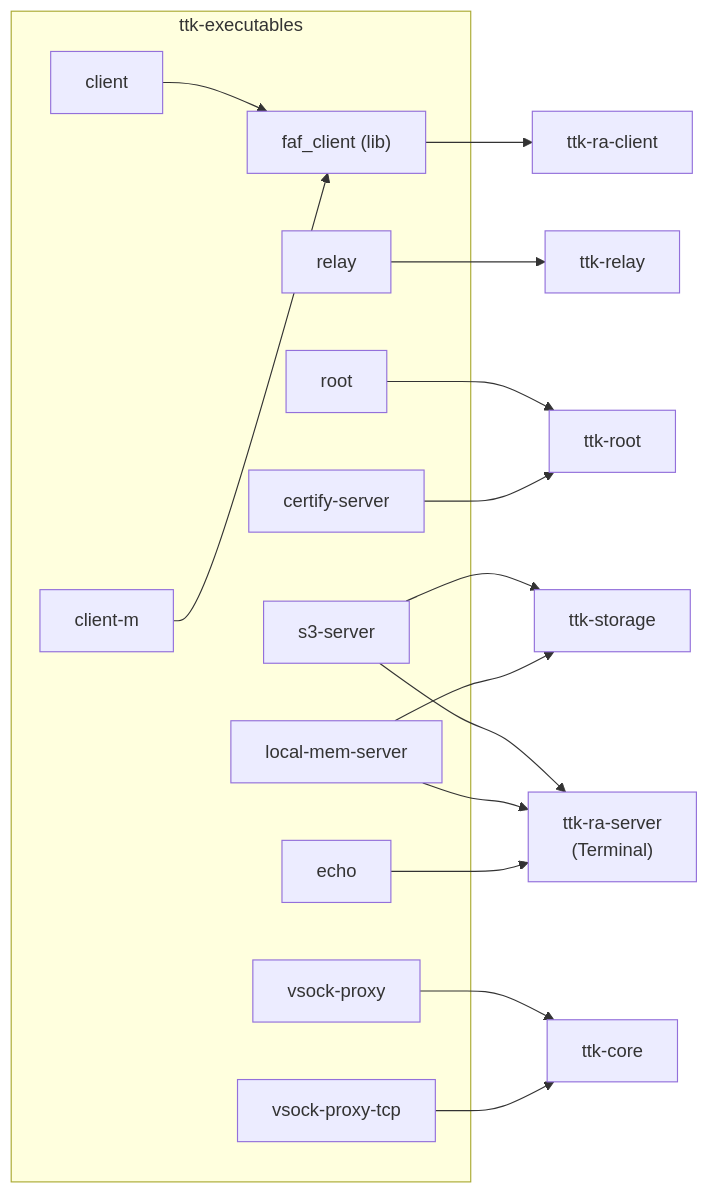
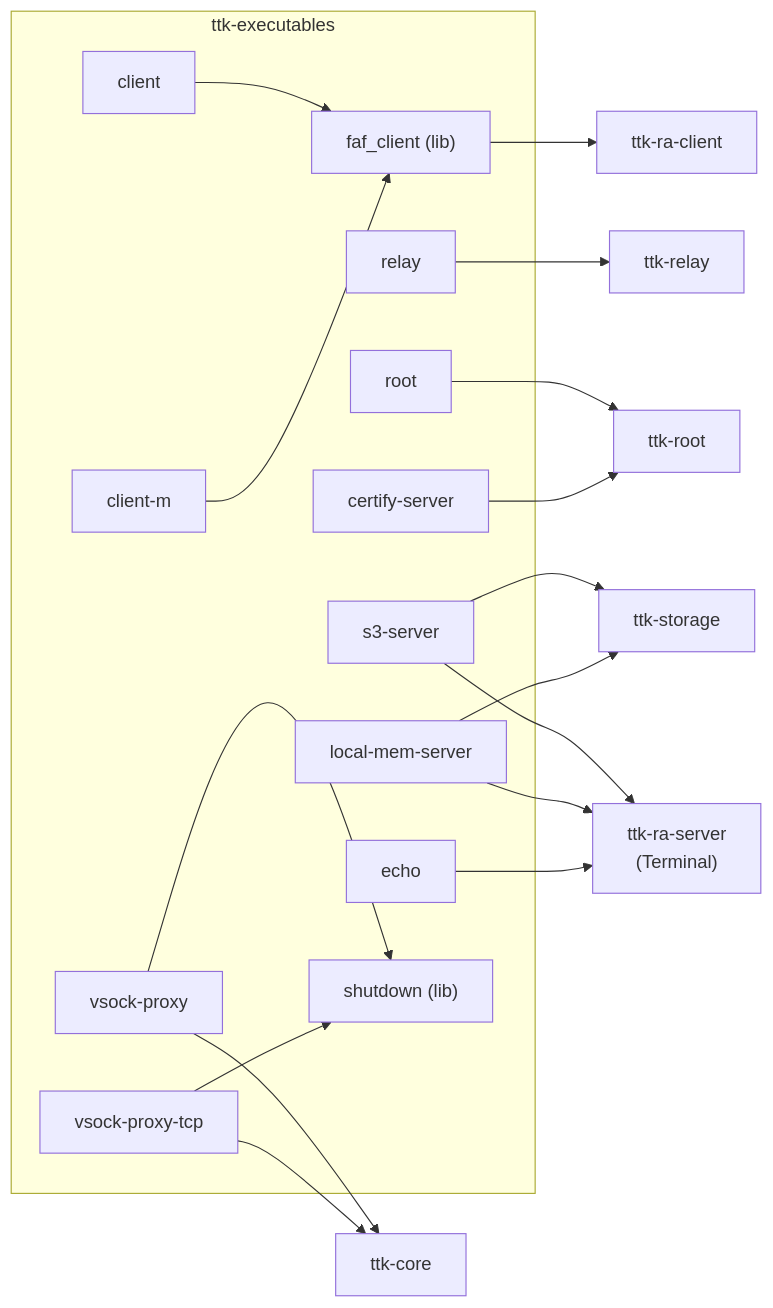
Before and after one commit to Lanetus/TTKServer: the first of 2 diagrams in docs/src/executables.md, drawn with Mermaid. The commit also changed other lines of this file and 6 other files, not shown here.

First line of the commit message:
fix: update the mdBook architecture docs to v6.5.0 (#103)

````diff
--- a/docs/src/executables.md
+++ b/docs/src/executables.md
@@ -26,23 +26,25 @@
 ```mermaid
 flowchart LR
     subgraph exe["ttk-executables"]
         relay["relay"]
         root["root"]
         s3["s3-server"]
         mem["local-mem-server"]
         echo["echo"]
         vp["vsock-proxy"]
         vpt["vsock-proxy-tcp"]
         client["client"]
         cm["client-m"]
         cert["certify-server"]
         fc["faf_client (lib)"]
+        sd["shutdown (lib)"]
     end
     relay --> R["ttk-relay"]
     root --> RT["ttk-root"]
     cert --> RT
     s3 & mem --> ST["ttk-storage"]
     s3 & mem & echo --> RS["ttk-ra-server<br/>(Terminal)"]
     vp & vpt --> C["ttk-core"]
+    vp & vpt --> sd
     client & cm --> fc --> RC["ttk-ra-client"]
 ```
````
